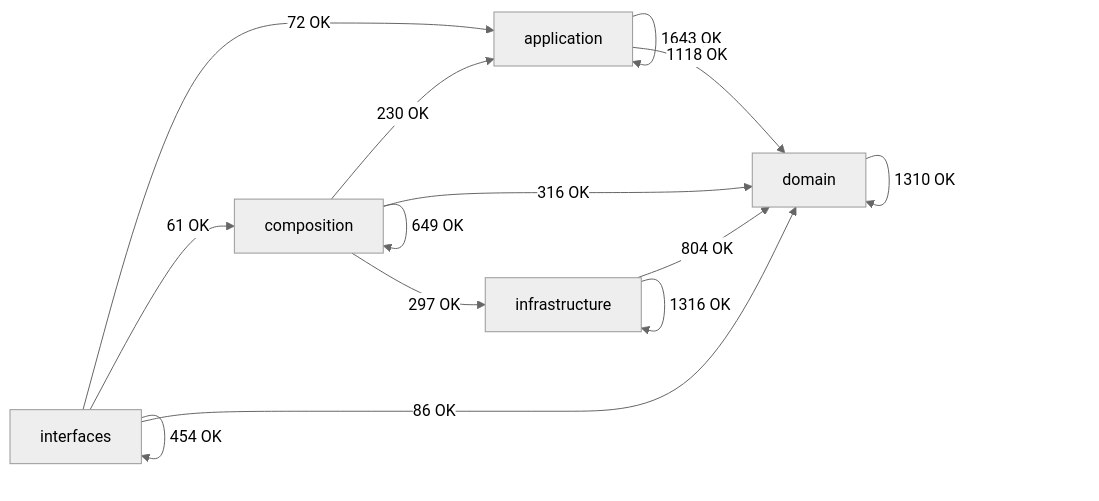
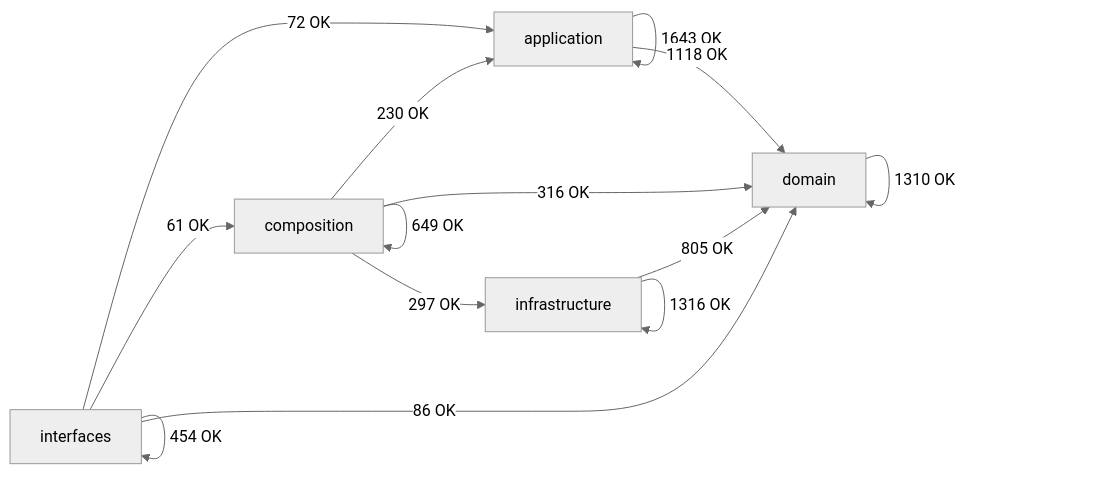
One commit to SatoryKono/BioactivityDataAcquisition changed the diagram in docs/02-architecture/generated/module-dependency-map.md. Above: the diagram before and after it, drawn with Mermaid (neutral theme). The commit also changed other lines of this file and 23 other files, not shown here.

````diff
--- a/docs/02-architecture/generated/module-dependency-map.md
+++ b/docs/02-architecture/generated/module-dependency-map.md
@@ -17,21 +17,21 @@
 ```mermaid
 flowchart LR
     domain[domain]
     application[application]
     infrastructure[infrastructure]
     composition[composition]
     interfaces[interfaces]
     application -->|1643 OK| application
     application -->|1118 OK| domain
     composition -->|230 OK| application
     composition -->|649 OK| composition
     composition -->|316 OK| domain
     composition -->|297 OK| infrastructure
     domain -->|1310 OK| domain
-    infrastructure -->|804 OK| domain
+    infrastructure -->|805 OK| domain
     infrastructure -->|1316 OK| infrastructure
     interfaces -->|72 OK| application
     interfaces -->|61 OK| composition
     interfaces -->|86 OK| domain
     interfaces -->|454 OK| interfaces
 ```
````
